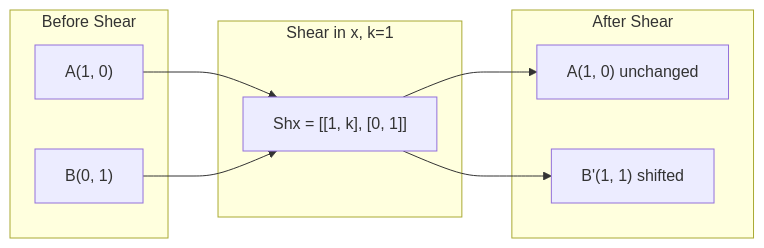
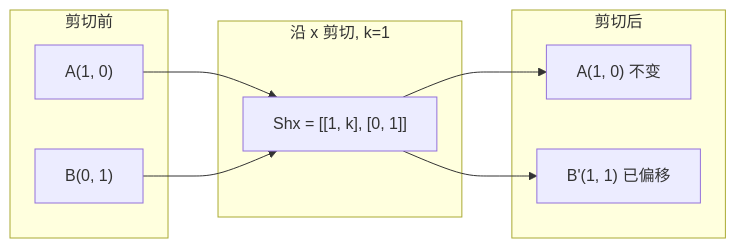
Before and after one commit to JerryC8080/ai-engineering-from-scratch-zh: the fourth of 7 diagrams in phases/01-math-foundations/03-matrix-transformations/docs/zh.md, drawn with Mermaid. The commit also changed other lines of this file and 156 other files, not shown here.

First line of the commit message:
i18n(zh): translate mermaid diagram labels in 157 lesson zh.md

````diff
--- a/phases/01-math-foundations/03-matrix-transformations/docs/zh.md
+++ b/phases/01-math-foundations/03-matrix-transformations/docs/zh.md
@@ -110,16 +110,16 @@
 ```mermaid
 graph LR
-    subgraph Before["Before Shear"]
+    subgraph Before["剪切前"]
         A["A(1, 0)"]
         B["B(0, 1)"]
     end
-    subgraph Shear["Shear in x, k=1"]
+    subgraph Shear["沿 x 剪切, k=1"]
         Sh["Shx = [[1, k], [0, 1]]"]
     end
-    subgraph After["After Shear"]
-        Ap["A(1, 0) unchanged"]
-        Bp["B'(1, 1) shifted"]
+    subgraph After["剪切后"]
+        Ap["A(1, 0) 不变"]
+        Bp["B'(1, 1) 已偏移"]
     end
     A --> Sh --> Ap
     B --> Sh --> Bp
 ```
````
